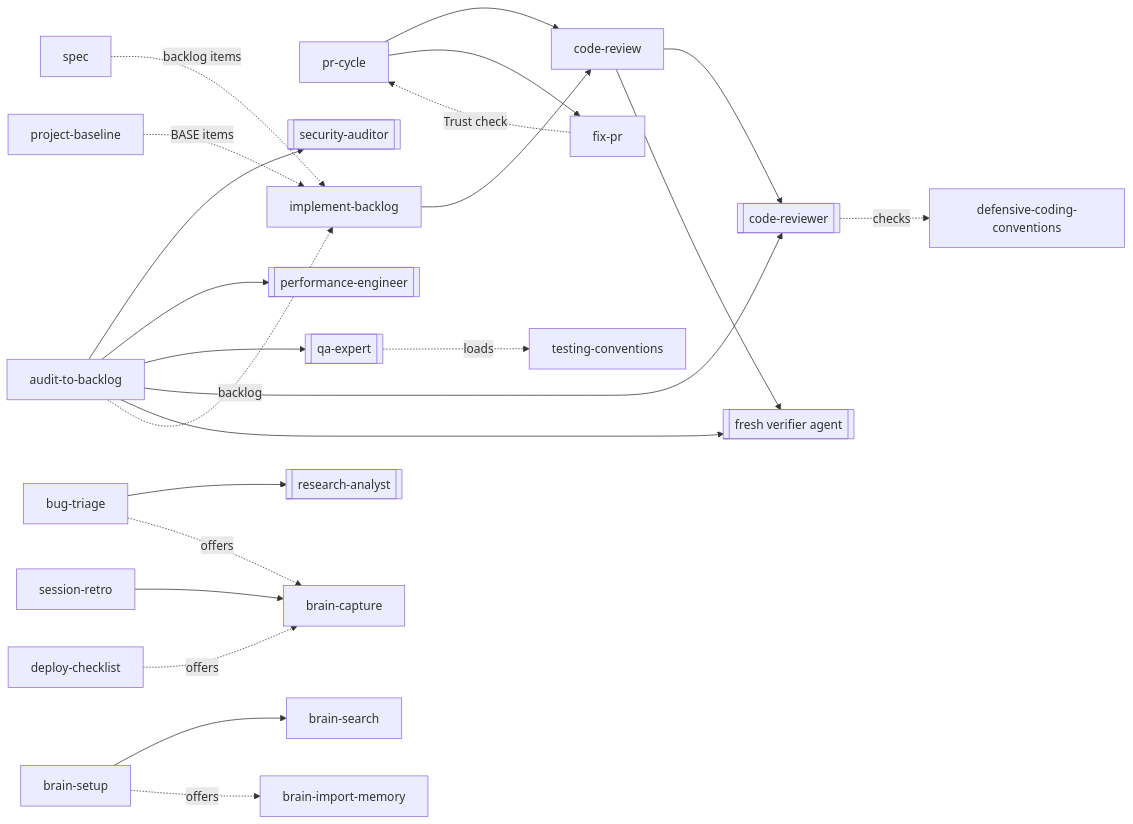
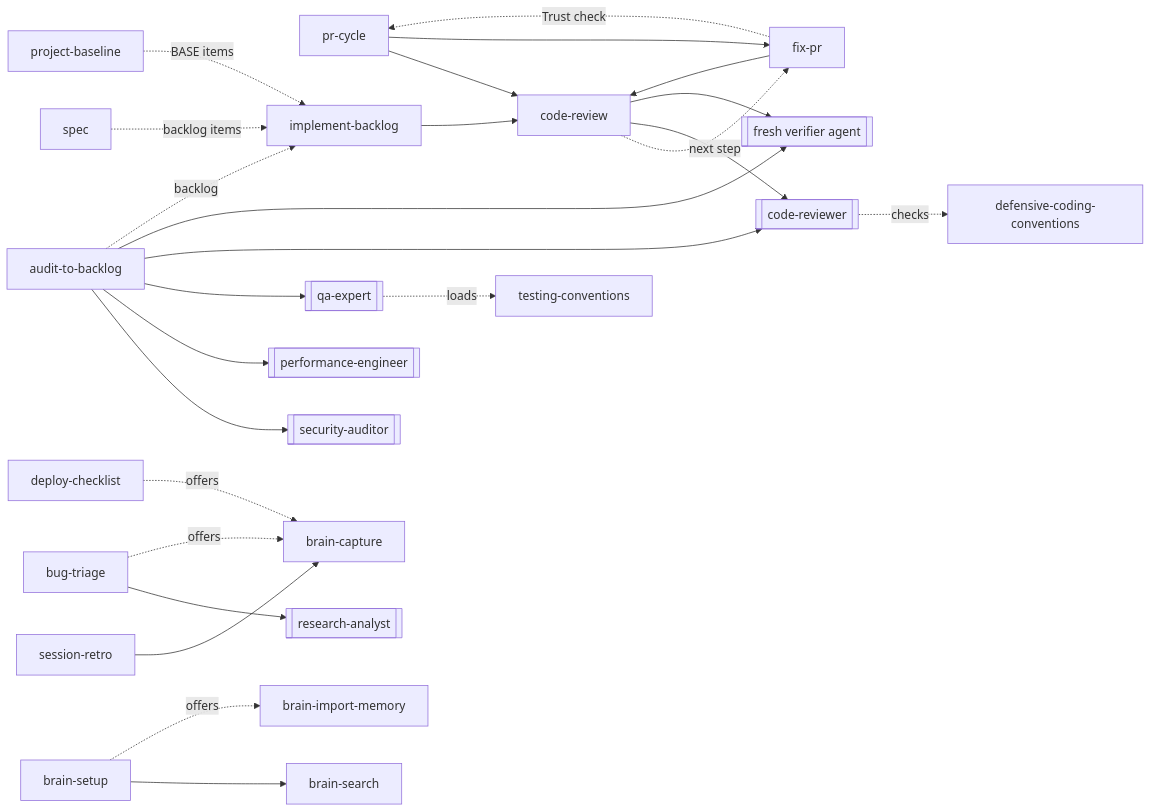
Before and after one commit to msolecki/developer-os: the second of 2 diagrams in docs/architecture/overview.md, drawn with Mermaid. The commit also changed other lines of this file and 41 other files, not shown here.

````diff
--- a/docs/architecture/overview.md
+++ b/docs/architecture/overview.md
@@ -111,25 +115,27 @@
 ```mermaid
 flowchart LR
   pr-cycle --> code-review
   pr-cycle --> fix-pr
+  fix-pr --> code-review
+  code-review -. next step .-> fix-pr
   fix-pr -. Trust check .-> pr-cycle
   code-review --> code-reviewer[[code-reviewer]]
   code-review --> verifier[[fresh verifier agent]]
   audit-to-backlog --> security-auditor[[security-auditor]]
   audit-to-backlog --> performance-engineer[[performance-engineer]]
   audit-to-backlog --> qa-expert[[qa-expert]]
   audit-to-backlog --> code-reviewer
   audit-to-backlog --> verifier
   implement-backlog --> code-review
   bug-triage --> research-analyst[[research-analyst]]
   spec -. backlog items .-> implement-backlog
   audit-to-backlog -. backlog .-> implement-backlog
   project-baseline -. BASE items .-> implement-backlog
   session-retro --> brain-capture
   brain-setup --> brain-search
   brain-setup -. offers .-> brain-import-memory
   bug-triage -. offers .-> brain-capture
   deploy-checklist -. offers .-> brain-capture
   code-reviewer -. checks .-> defensive-coding-conventions
   qa-expert -. loads .-> testing-conventions
 ```
````
